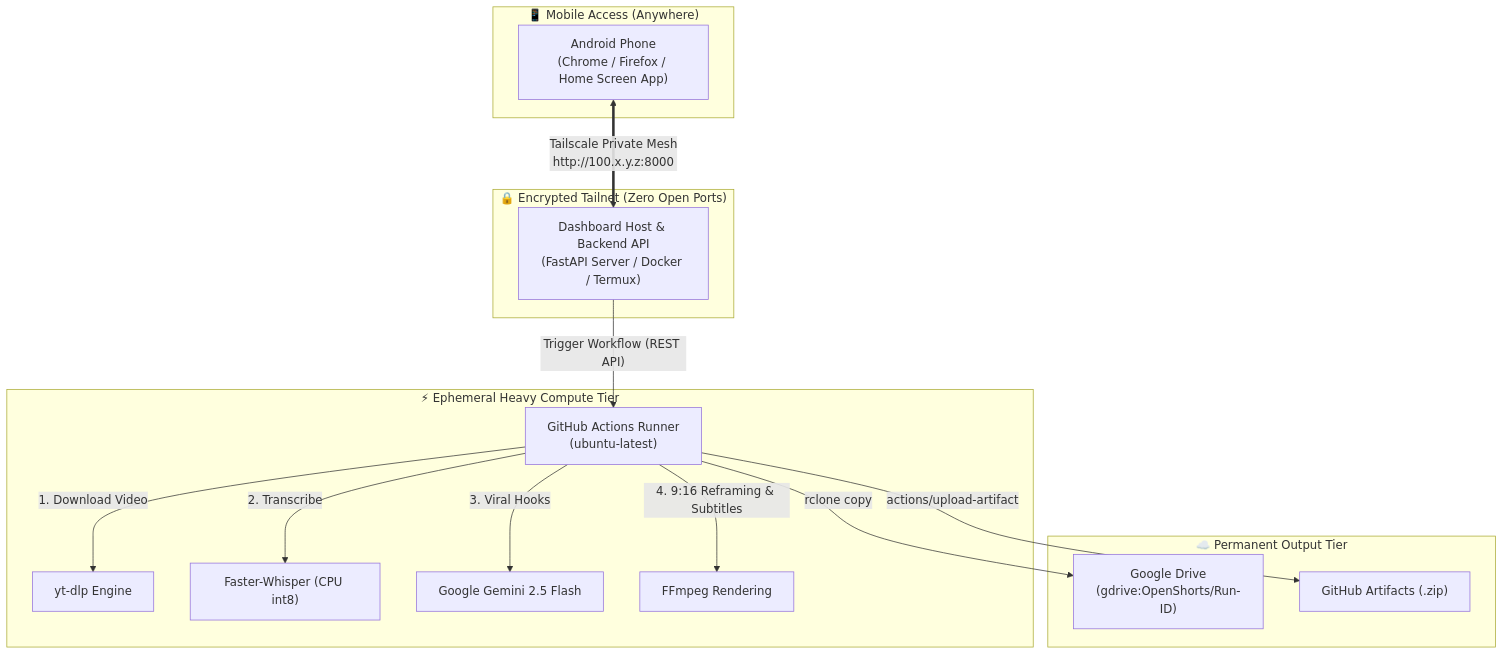
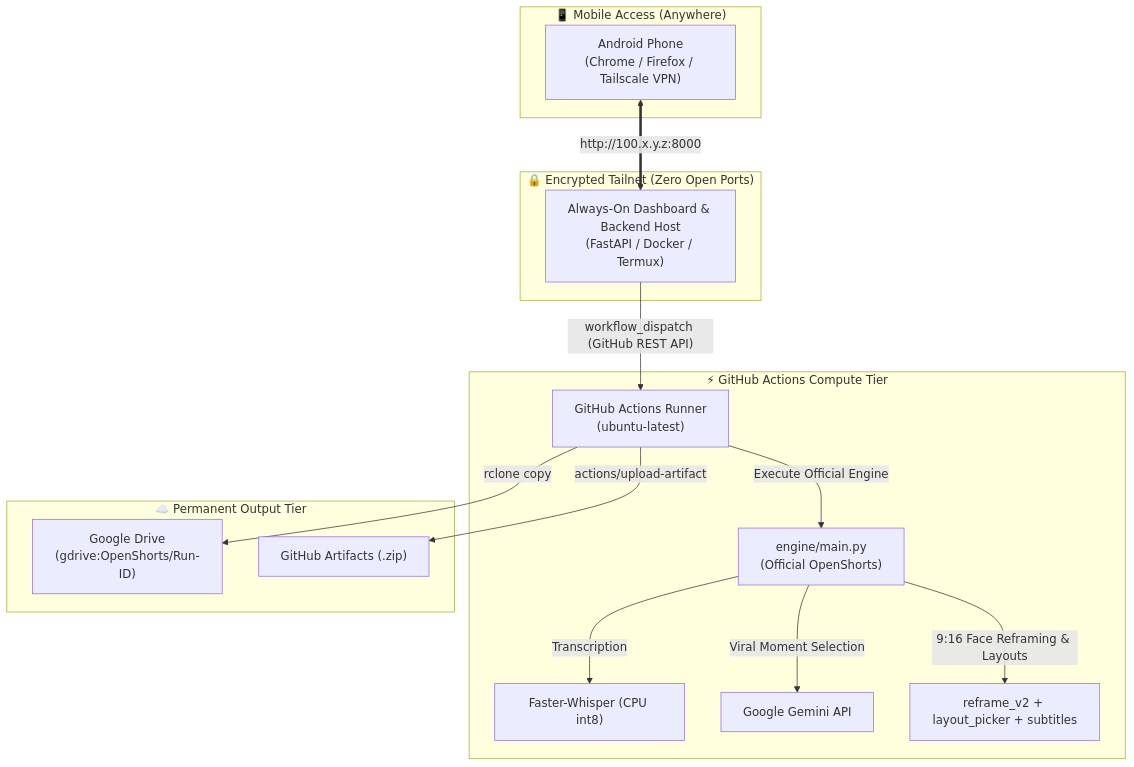
One commit to mystxnavadeep/openshorts-automation changed the diagram in README.md. Above: the diagram before and after it, drawn with Mermaid. The commit also changed other lines of this file and 122 other files, not shown here.

First line of the commit message:
fix(audit): integrate genuine official OpenShorts engine and remove mock scripts

````diff
--- a/README.md
+++ b/README.md
@@ -21,23 +17,23 @@
 ```mermaid
 flowchart TD
     subgraph Mobile["📱 Mobile Access (Anywhere)"]
-        A["Android Phone\n(Chrome / Firefox / Home Screen App)"]
+        A["Android Phone\n(Chrome / Firefox / Tailscale VPN)"]
     end
 
     subgraph Tailnet["🔒 Encrypted Tailnet (Zero Open Ports)"]
-        A <==>|"Tailscale Private Mesh\nhttp://100.x.y.z:8000"| B["Dashboard Host & Backend API\n(FastAPI Server / Docker / Termux)"]
+        A <==>|"http://100.x.y.z:8000"| B["Always-On Dashboard & Backend Host\n(FastAPI / Docker / Termux)"]
     end
 
-    subgraph CI["⚡ Ephemeral Heavy Compute Tier"]
-        B -->|"Trigger Workflow (REST API)"| C["GitHub Actions Runner\n(ubuntu-latest)"]
-        C -->|"1. Download Video"| D["yt-dlp Engine"]
-        C -->|"2. Transcribe"| E["Faster-Whisper (CPU int8)"]
-        C -->|"3. Viral Hooks"| F["Google Gemini 2.5 Flash"]
-        C -->|"4. 9:16 Reframing & Subtitles"| G["FFmpeg Rendering"]
+    subgraph Compute["⚡ GitHub Actions Compute Tier"]
+        B -->|"workflow_dispatch (GitHub REST API)"| C["GitHub Actions Runner\n(ubuntu-latest)"]
+        C -->|"Execute Official Engine"| D["engine/main.py\n(Official OpenShorts)"]
+        D -->|"Transcription"| E["Faster-Whisper (CPU int8)"]
+        D -->|"Viral Moment Selection"| F["Google Gemini API"]
+        D -->|"9:16 Face Reframing & Layouts"| G["reframe_v2 + layout_picker + subtitles"]
     end
 
-    subgraph PermanentStorage["☁️ Permanent Output Tier"]
+    subgraph Storage["☁️ Permanent Output Tier"]
         C -->|"rclone copy"| H["Google Drive\n(gdrive:OpenShorts/Run-ID)"]
         C -->|"actions/upload-artifact"| I["GitHub Artifacts (.zip)"]
     end
 ```
````
